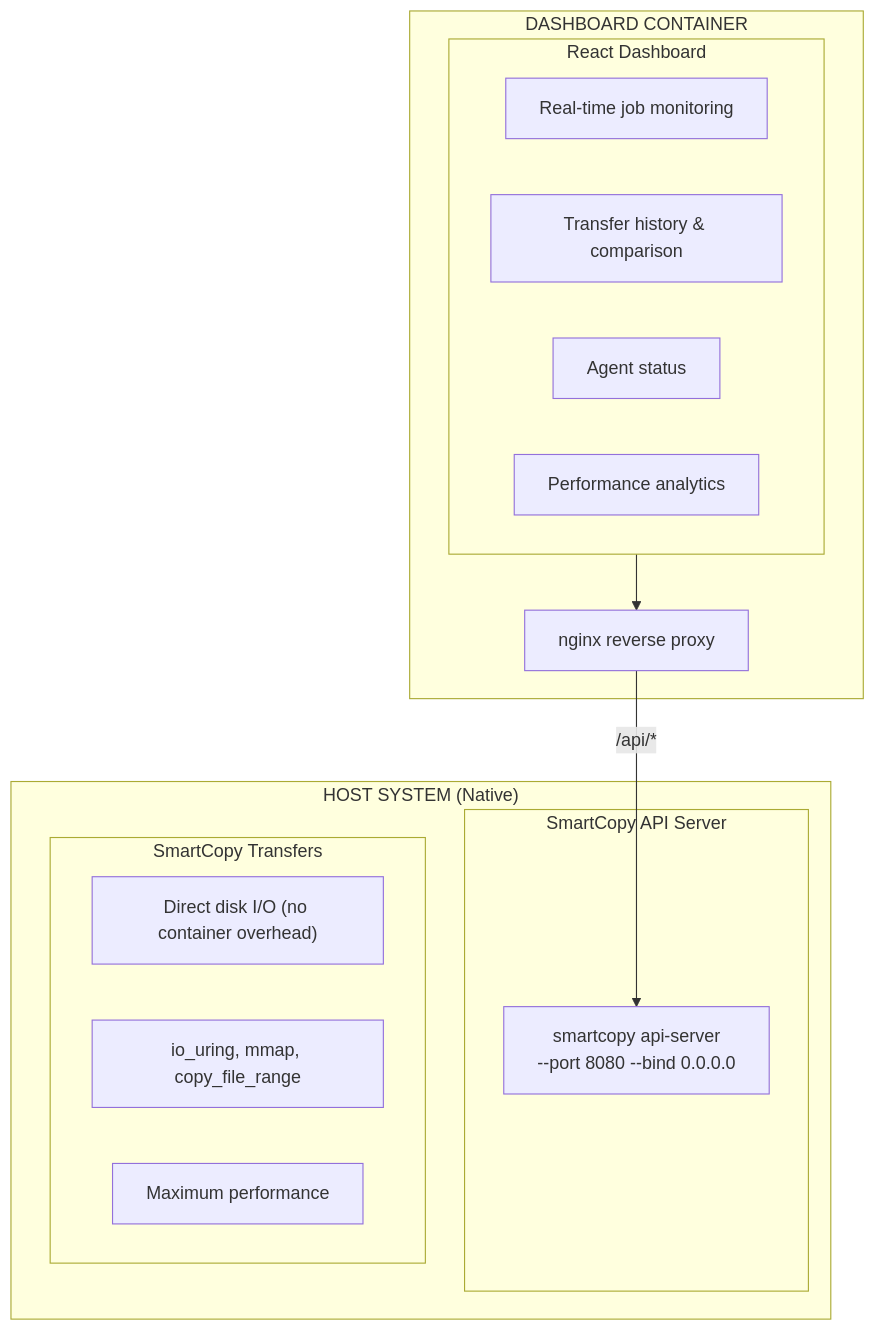
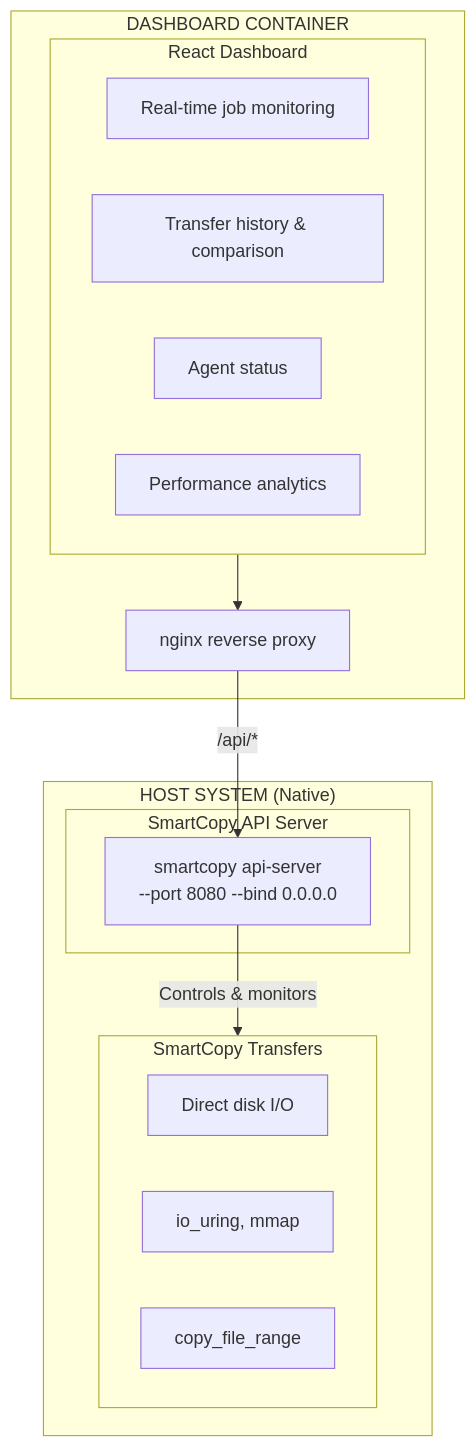
The eighth of 9 diagrams in README.md (gustcol/smartcopy), drawn with Mermaid before and after one commit. The commit also changed other lines of this file, not shown here.

````diff
--- a/README.md
+++ b/README.md
@@ -1018,26 +1022,27 @@
 ```mermaid
 flowchart TD
     subgraph CONTAINER["DASHBOARD CONTAINER"]
         subgraph REACT["React Dashboard"]
             R1["Real-time job monitoring"]
             R2["Transfer history & comparison"]
             R3["Agent status"]
             R4["Performance analytics"]
         end
         NGINX["nginx reverse proxy"]
         REACT --> NGINX
     end
 
     NGINX -->|/api/*| API
 
     subgraph HOST["HOST SYSTEM (Native)"]
         subgraph API_SERVER["SmartCopy API Server"]
             API["smartcopy api-server<br>--port 8080 --bind 0.0.0.0"]
         end
         subgraph TRANSFERS["SmartCopy Transfers"]
-            T1["Direct disk I/O (no container overhead)"]
-            T2["io_uring, mmap, copy_file_range"]
-            T3["Maximum performance"]
+            T1["Direct disk I/O"]
+            T2["io_uring, mmap"]
+            T3["copy_file_range"]
         end
+        API -->|Controls & monitors| TRANSFERS
     end
 ```
````
